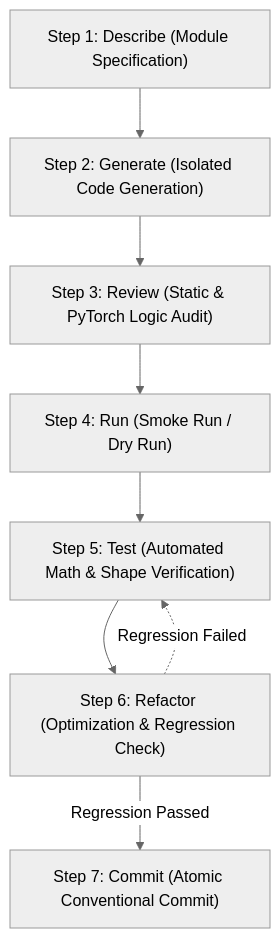
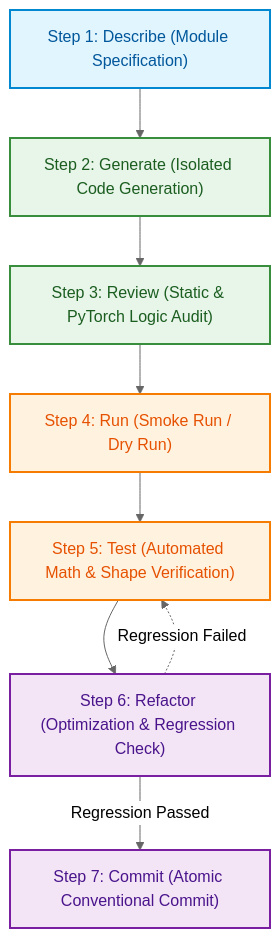
One commit to linhtd3993/LAB_DEEP_LEARNING changed the diagram in lab2/docs/development_workflow.md. Above: the diagram before and after it, drawn with Mermaid (neutral theme). The commit also changed other lines of this file and 3 other files, not shown here.

Commit message:
docs: standardize full accented Vietnamese and add color-coded architectural diagrams across docs

````diff
--- a/lab2/docs/development_workflow.md
+++ b/lab2/docs/development_workflow.md
@@ -11,10 +11,21 @@
 ```mermaid
 flowchart TD
     S1["Step 1: Describe (Module Specification)"] --> S2["Step 2: Generate (Isolated Code Generation)"]
     S2 --> S3["Step 3: Review (Static & PyTorch Logic Audit)"]
     S3 --> S4["Step 4: Run (Smoke Run / Dry Run)"]
     S4 --> S5["Step 5: Test (Automated Math & Shape Verification)"]
     S5 --> S6["Step 6: Refactor (Optimization & Regression Check)"]
     S6 -->|Regression Passed| S7["Step 7: Commit (Atomic Conventional Commit)"]
     S6 -.->|Regression Failed| S5
+
+    %% Bổ sung màu sắc theo 4 pha phát triển
+    classDef specStyle fill:#e1f5fe,stroke:#0288d1,stroke-width:2px,color:#01579b;
+    classDef devStyle fill:#e8f5e9,stroke:#388e3c,stroke-width:2px,color:#1b5e20;
+    classDef testStyle fill:#fff3e0,stroke:#f57c00,stroke-width:2px,color:#e65100;
+    classDef commitStyle fill:#f3e5f5,stroke:#7b1fa2,stroke-width:2px,color:#4a148c;
+
+    class S1 specStyle;
+    class S2,S3 devStyle;
+    class S4,S5 testStyle;
+    class S6,S7 commitStyle;
 ```
````
